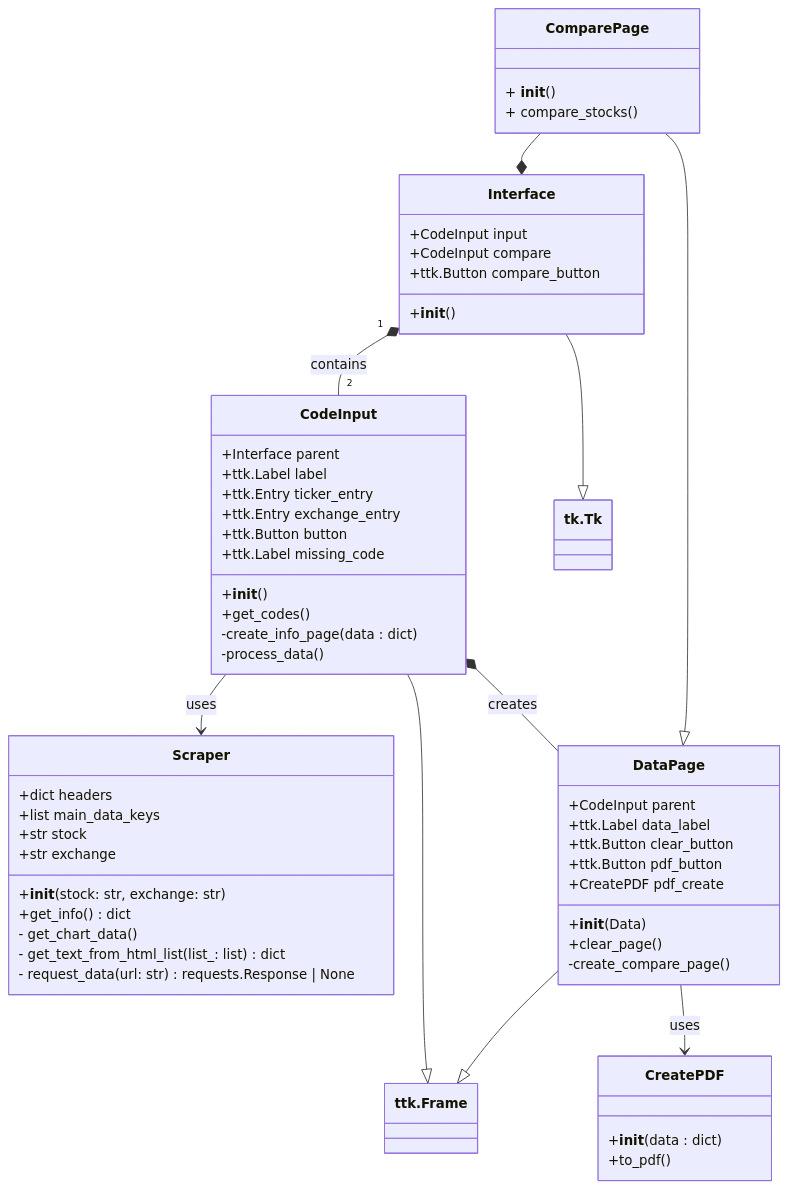
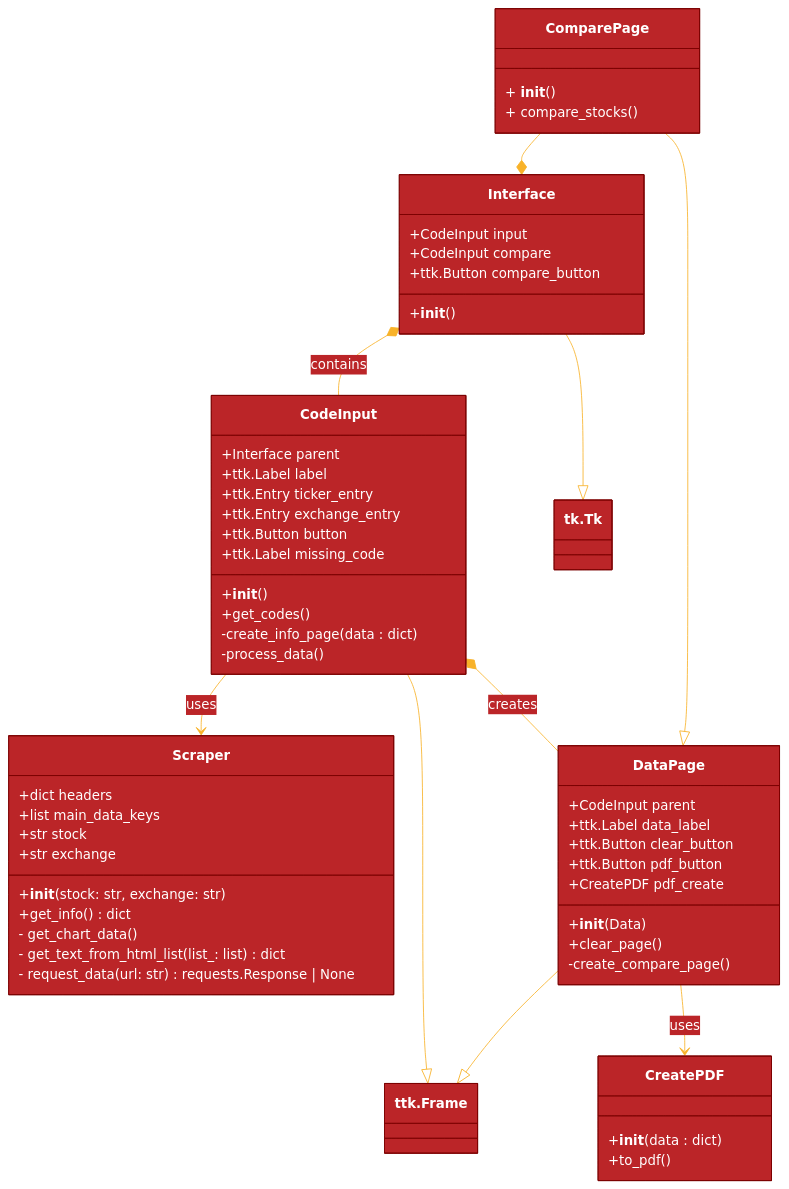
Before and after one commit to AndrevLare/Stock-Dealer: the diagram in README.md, drawn with Mermaid.

````diff
--- a/README.md
+++ b/README.md
@@ -5,67 +5,79 @@
-``` mermaid
+```mermaid
+---
+config:
+  theme: 'base'
+  themeVariables:
+    primaryColor: '#BB2528'
+    primaryTextColor: '#fff'
+    primaryBorderColor: '#7C0000'
+    lineColor: '#F8B229'
+    secondaryColor: '#006100'
+    tertiaryColor: '#fff'
+---
 classDiagram
 
     class Interface {
         +CodeInput input
         +CodeInput compare
         +ttk.Button compare_button
         +__init__()
     }
 
     class CodeInput {
         +Interface parent
         +ttk.Label label
         +ttk.Entry ticker_entry
         +ttk.Entry exchange_entry
         +ttk.Button button
         +ttk.Label missing_code
         +__init__()
         +get_codes()
         -create_info_page(data : dict) 
         -process_data()
     }
 
 class Scraper {
         +dict headers
         +list main_data_keys
         +str stock
         +str exchange
         +__init__(stock: str, exchange: str)
         +get_info() dict
         - get_chart_data()
         - get_text_from_html_list(list_: list) dict
         - request_data(url: str) requests.Response | None
     }
 
     class DataPage {
         +CodeInput parent
         +ttk.Label data_label
         +ttk.Button clear_button
         +ttk.Button pdf_button
         +CreatePDF pdf_create
         +__init__(Data)
         +clear_page()
         -create_compare_page()
     }
 
     class CreatePDF {
         +__init__(data : dict)
         +to_pdf()
     }
 
     class ComparePage {
         + __init__()
         + compare_stocks()
     }
 
     Interface "1" *-- "2" CodeInput: contains
     
     Interface --|> tk.Tk
     CodeInput --> Scraper: uses
     CodeInput *-- DataPage: creates
     DataPage --> CreatePDF: uses
     CodeInput --|> ttk.Frame
     ComparePage --|> DataPage
     DataPage --|> ttk.Frame
     ComparePage --* Interface
+
 ```
````
